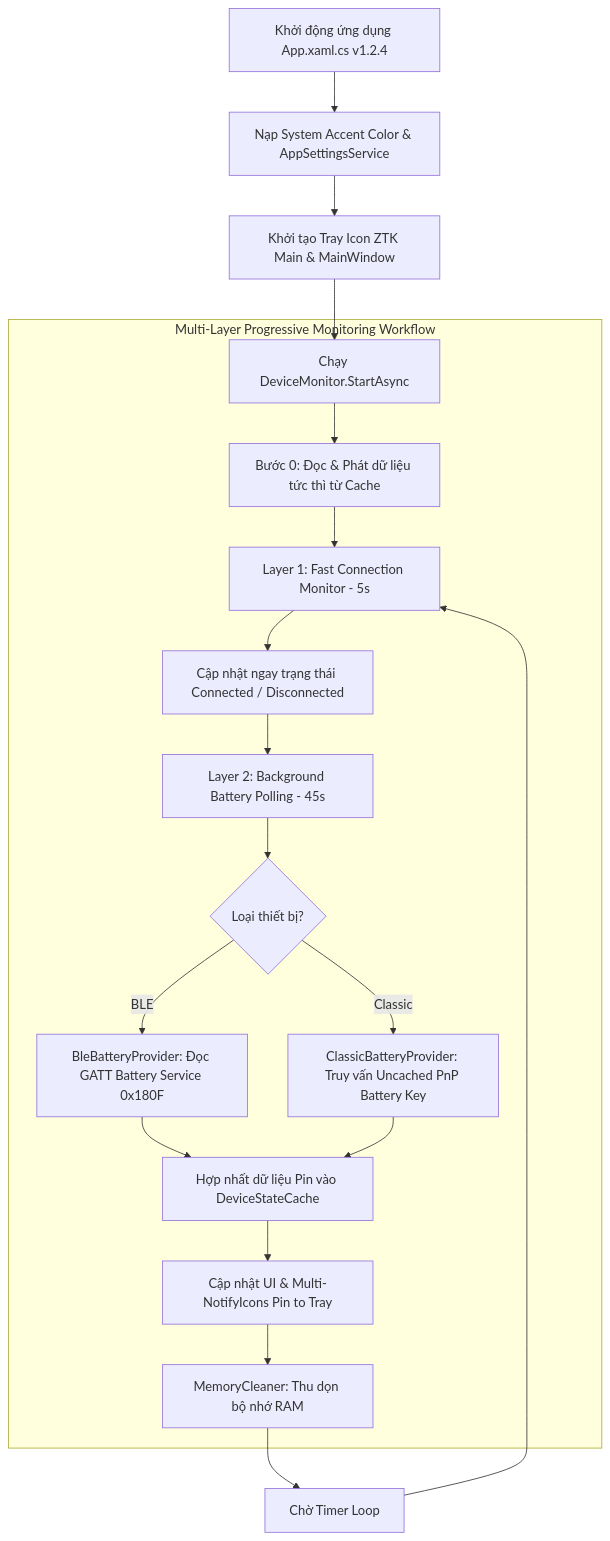
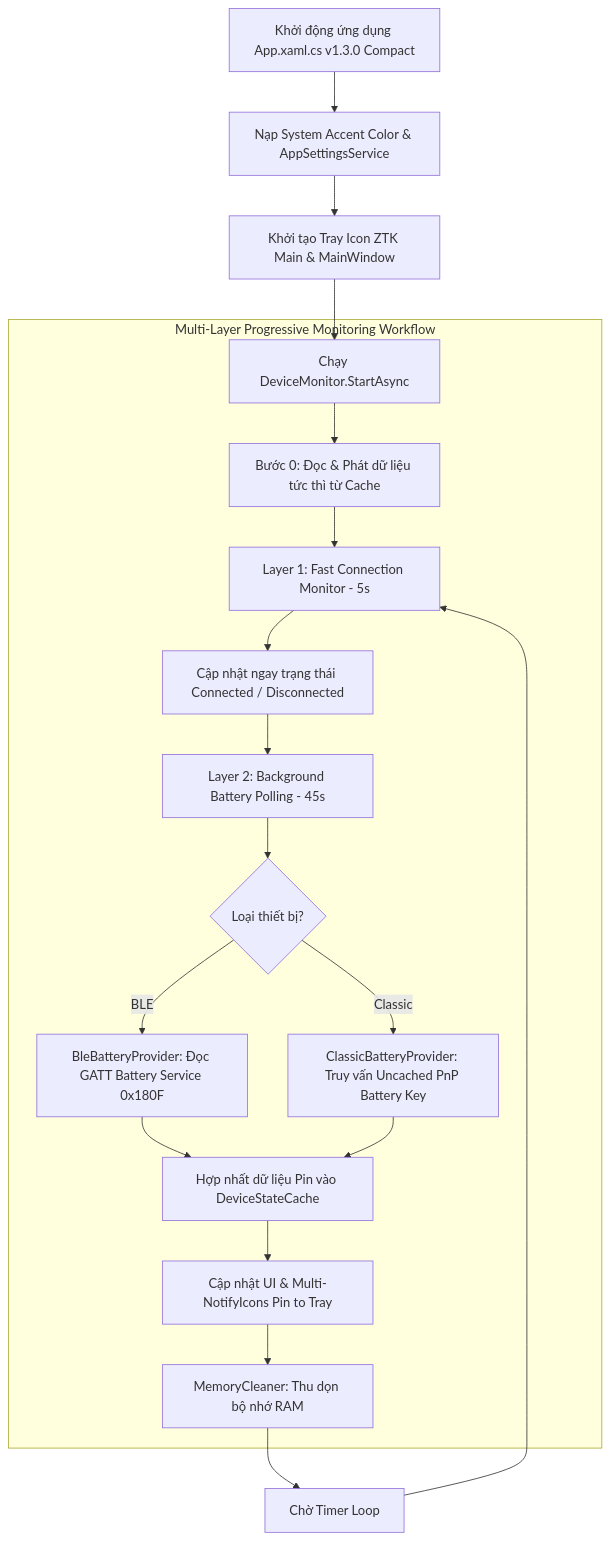
One commit to LyTinh1106/WirelessBatteryLevel changed the diagram in PROJECT_OVERVIEW.md. Above: the diagram before and after it, drawn with Mermaid. The commit also changed other lines of this file and 12 other files, not shown here.

````diff
--- a/PROJECT_OVERVIEW.md
+++ b/PROJECT_OVERVIEW.md
@@ -17,25 +17,25 @@
 ```mermaid
 flowchart TD
-    A[Khởi động ứng dụng App.xaml.cs v1.2.4] --> B[Nạp System Accent Color & AppSettingsService]
+    A[Khởi động ứng dụng App.xaml.cs v1.3.0 Compact] --> B[Nạp System Accent Color & AppSettingsService]
     B --> C[Khởi tạo Tray Icon ZTK Main & MainWindow]
     C --> D[Chạy DeviceMonitor.StartAsync]
     
     subgraph Multi-Layer Progressive Monitoring Workflow
         D --> E[Bước 0: Đọc & Phát dữ liệu tức thì từ Cache]
         E --> F[Layer 1: Fast Connection Monitor - 5s]
         F --> G[Cập nhật ngay trạng thái Connected / Disconnected]
         G --> H[Layer 2: Background Battery Polling - 45s]
         
         H --> I{Loại thiết bị?}
         I -- BLE --> J[BleBatteryProvider: Đọc GATT Battery Service 0x180F]
         I -- Classic --> K[ClassicBatteryProvider: Truy vấn Uncached PnP Battery Key]
         
         J --> L[Hợp nhất dữ liệu Pin vào DeviceStateCache]
         K --> L
         L --> M[Cập nhật UI & Multi-NotifyIcons Pin to Tray]
         M --> N[MemoryCleaner: Thu dọn bộ nhớ RAM]
     end
 
     N --> O[Chờ Timer Loop]
     O --> F
 ```
````
